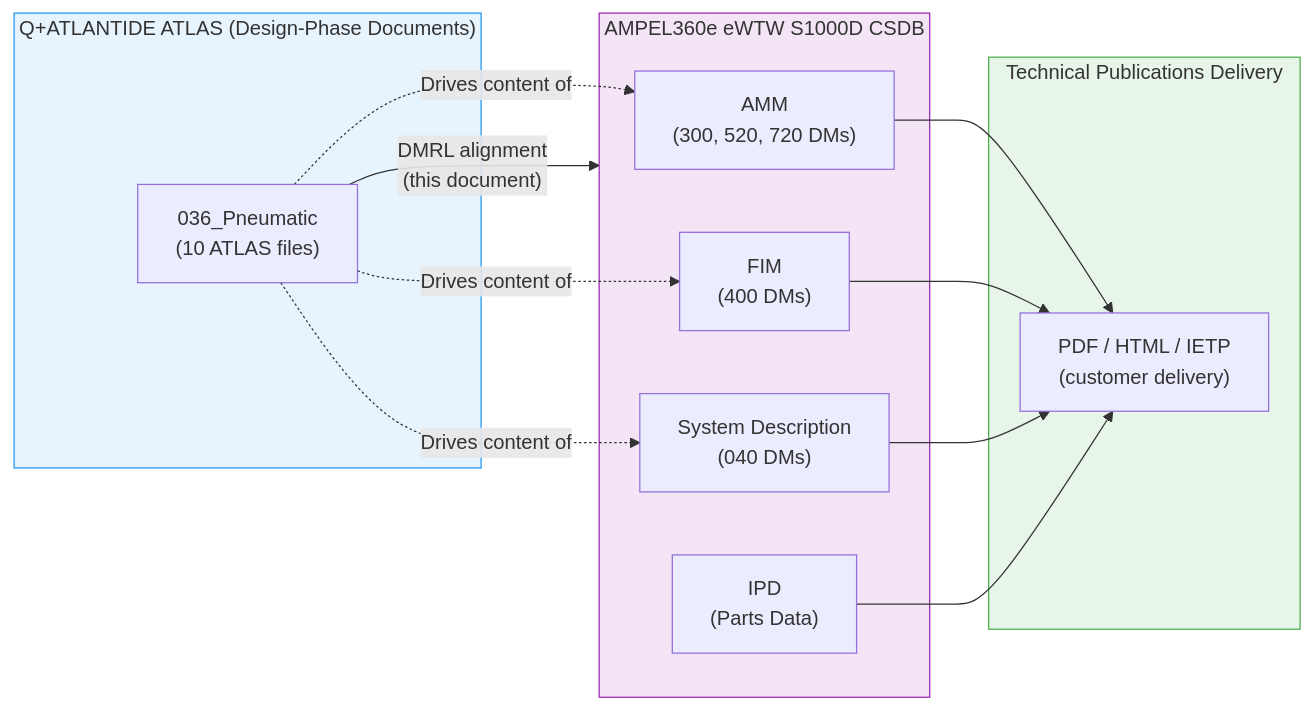
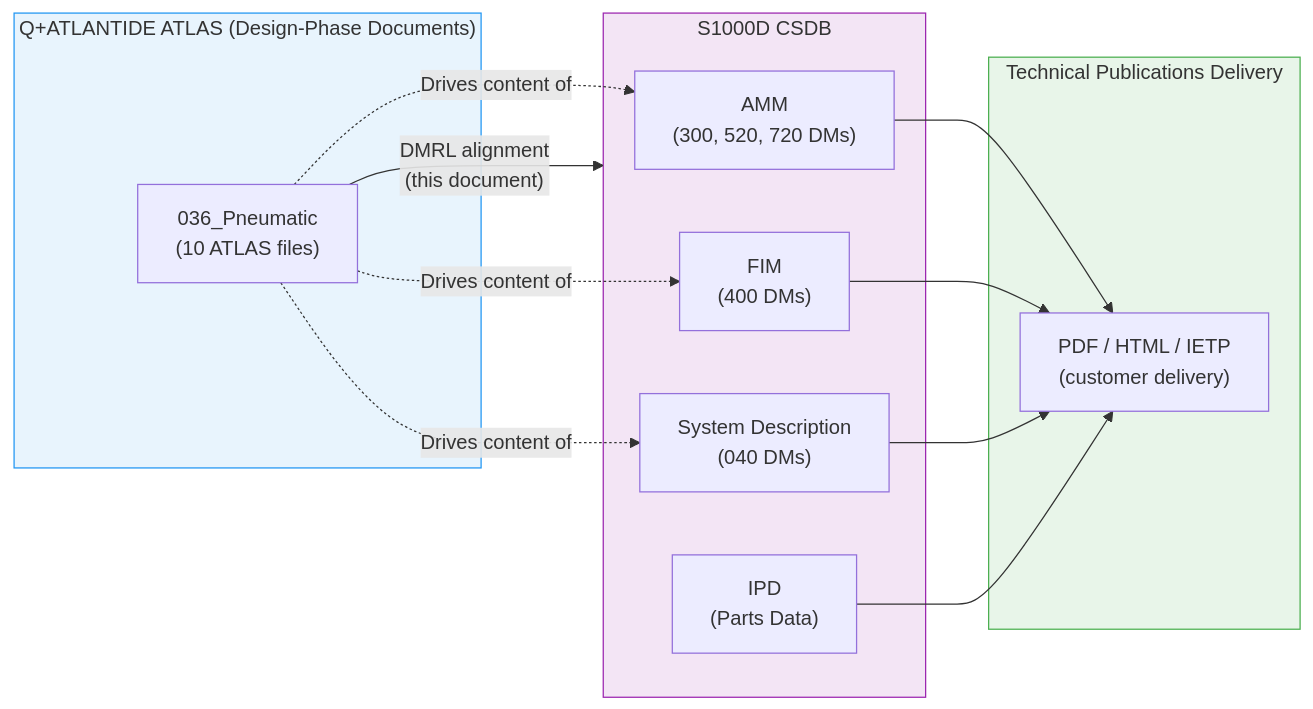
Before and after one commit to AmedeoPelliccia/Qplus-For-All-Queer-People-and-Quantum: the first of 3 diagrams in Q+ATLANTIDE/000-099_ATLAS/030-039_Proteccion-y-Sistemas-Mecanicos/036_Pneumatic/036-090-S1000D-CSDB-Mapping-and-Traceability.md, drawn with Mermaid. The commit also changed other lines of this file and 51 other files, not shown here.

First line of the commit message:
Generalize all 52 ATLAS S1000D-CSDB mapping files: remove AMPEL360E/eWTW/Programmes_example references, add scope: agnostic-standard, use generic DMC placeholders

````diff
--- a/Q+ATLANTIDE/000-099_ATLAS/030-039_Proteccion-y-Sistemas-Mecanicos/036_Pneumatic/036-090-S1000D-CSDB-Mapping-and-Traceability.md
+++ b/Q+ATLANTIDE/000-099_ATLAS/030-039_Proteccion-y-Sistemas-Mecanicos/036_Pneumatic/036-090-S1000D-CSDB-Mapping-and-Traceability.md
@@ -316,28 +317,28 @@
 ```mermaid
 flowchart LR
     subgraph ATLAS["Q+ATLANTIDE ATLAS (Design-Phase Documents)"]
         A36["036_Pneumatic\n(10 ATLAS files)"]
     end
-    subgraph CSDB["AMPEL360e eWTW S1000D CSDB"]
+    subgraph CSDB["<PROGRAMME> S1000D CSDB"]
         AMM["AMM\n(300, 520, 720 DMs)"]
         FIM["FIM\n(400 DMs)"]
         SD["System Description\n(040 DMs)"]
         IPD["IPD\n(Parts Data)"]
     end
     subgraph PUB["Technical Publications Delivery"]
         PDF["PDF / HTML / IETP\n(customer delivery)"]
     end
 
     A36 -->|"DMRL alignment\n(this document)"| CSDB
     AMM --> PDF
     FIM --> PDF
     SD --> PDF
     IPD --> PDF
     A36 -.->|"Drives content of"| AMM
     A36 -.->|"Drives content of"| FIM
     A36 -.->|"Drives content of"| SD
 
     style ATLAS fill:#e8f4fd,stroke:#2196F3
     style CSDB fill:#f3e5f5,stroke:#9C27B0
     style PUB fill:#e8f5e9,stroke:#4CAF50
 ```
````
